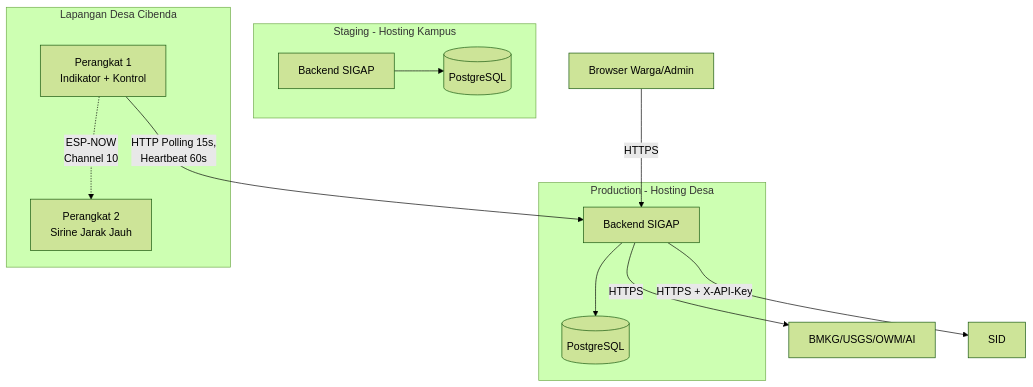
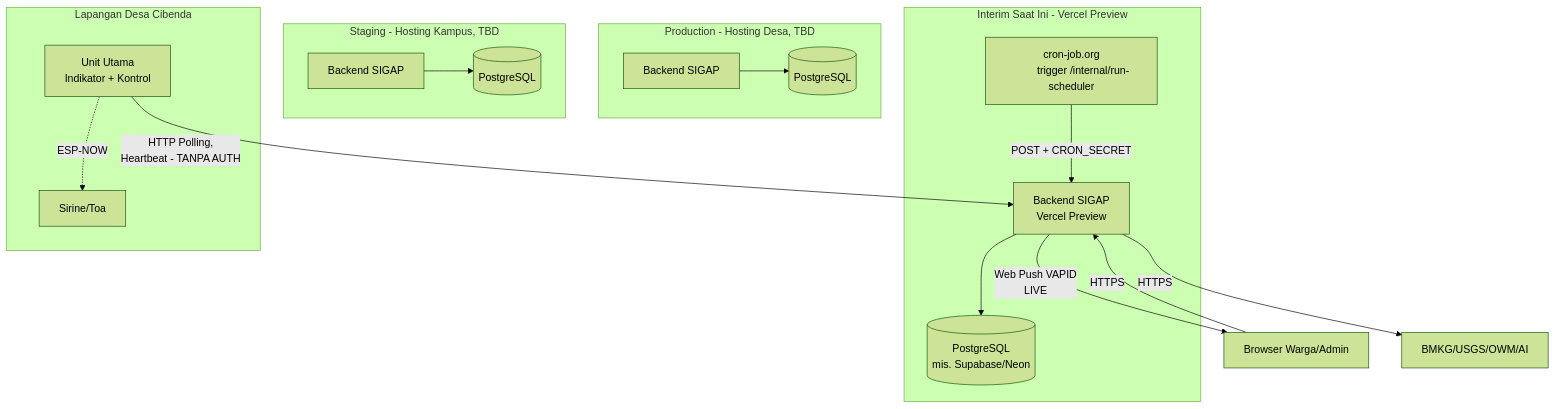
The diagram in docs/architecture/08_deployment_view.md (Vextronode/sigap_app), drawn with Mermaid (forest theme) before and after one commit. The commit also changed other lines of this file and 34 other files, not shown here.

````diff
--- a/docs/architecture/08_deployment_view.md
+++ b/docs/architecture/08_deployment_view.md
@@ -7,32 +7,42 @@
 ```mermaid
 flowchart TB
-    subgraph Prod[Production - Hosting Desa]
+    subgraph Prod[Production - Hosting Desa, TBD]
         ProdBE[Backend SIGAP]
         ProdDB[(PostgreSQL)]
         ProdBE --> ProdDB
     end
 
-    subgraph Staging[Staging - Hosting Kampus]
+    subgraph Staging[Staging - Hosting Kampus, TBD]
         StgBE[Backend SIGAP]
         StgDB[(PostgreSQL)]
         StgBE --> StgDB
     end
 
+    subgraph Interim[Interim Saat Ini - Vercel Preview]
+        VercelBE[Backend SIGAP
+        Vercel Preview]
+        VercelDB[(PostgreSQL
+        mis. Supabase/Neon)]
+        Cron[cron-job.org
+        trigger /internal/run-scheduler]
+        VercelBE --> VercelDB
+        Cron -->|POST + CRON_SECRET| VercelBE
+    end
+
     subgraph Lapangan[Lapangan Desa Cibenda]
-        Dev1[Perangkat 1
+        UnitUtama[Unit Utama
         Indikator + Kontrol]
-        Dev2[Perangkat 2
-        Sirine Jarak Jauh]
-        Dev1 -.ESP-NOW
-        Channel 10.-> Dev2
+        Sirine[Sirine/Toa]
+        UnitUtama -.ESP-NOW.-> Sirine
     end
 
     Browser[Browser Warga/Admin]
 
-    Browser -->|HTTPS| ProdBE
-    Dev1 -->|HTTP Polling 15s,
-    Heartbeat 60s| ProdBE
+    Browser -->|HTTPS| VercelBE
+    UnitUtama -->|HTTP Polling,
+    Heartbeat - TANPA AUTH| VercelBE
 
-    ProdBE -->|HTTPS| ExtAPI[BMKG/USGS/OWM/AI]
-    ProdBE -->|HTTPS + X-API-Key| SID[SID]
+    VercelBE -->|HTTPS| ExtAPI[BMKG/USGS/OWM/AI]
+    VercelBE -->|Web Push VAPID
+    LIVE| Browser
 ```
````
